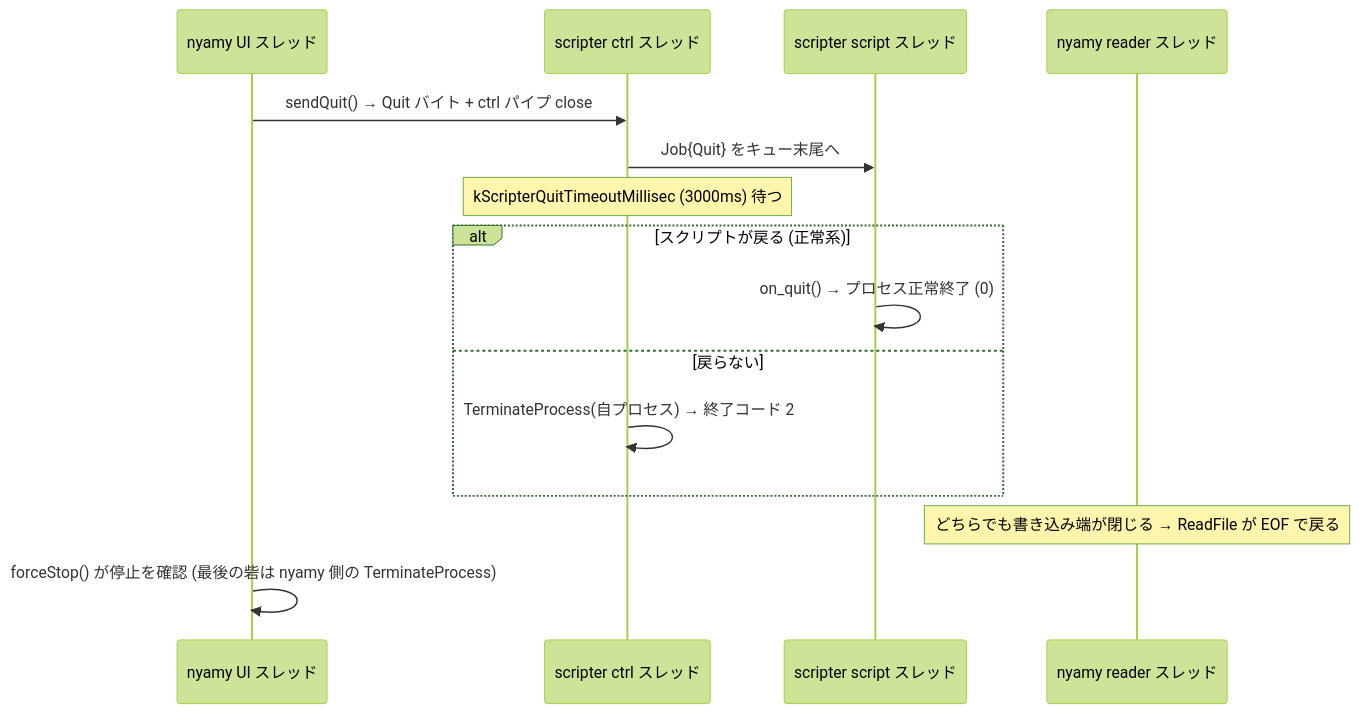
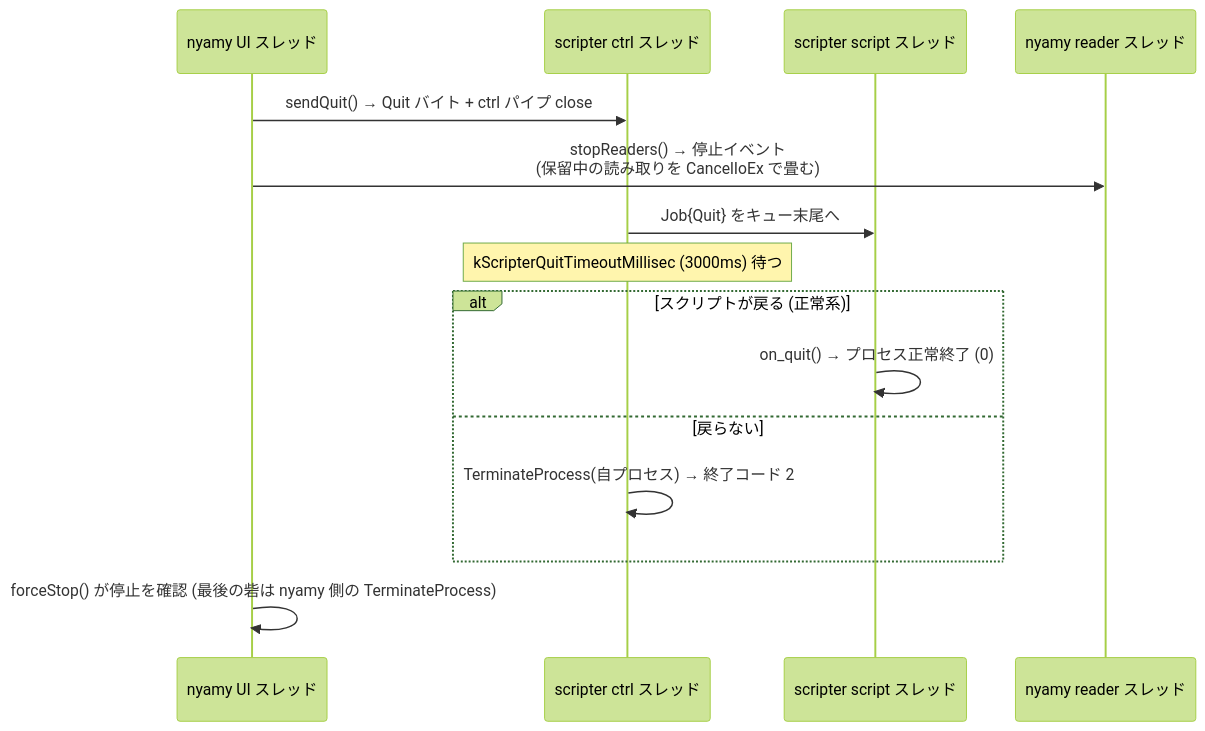
Before and after one commit to vmi/nyamy: the seventh of 7 diagrams in doc/event-flow.md, drawn with Mermaid (forest theme). The commit also changed other lines of this file and 6 other files, not shown here.

````diff
--- a/doc/event-flow.md
+++ b/doc/event-flow.md
@@ -631,20 +632,20 @@
 ```mermaid
 sequenceDiagram
     participant ui as nyamy UI スレッド
     participant ctrl as scripter ctrl スレッド
     participant scr as scripter script スレッド
     participant rd as nyamy reader スレッド
 
     ui->>ctrl: sendQuit() → Quit バイト + ctrl パイプ close
+    ui->>rd: stopReaders() → 停止イベント<br/>(保留中の読み取りを CancelIoEx で畳む)
     ctrl->>scr: Job{Quit} をキュー末尾へ
     Note over ctrl: kScripterQuitTimeoutMillisec (3000ms) 待つ
 
     alt スクリプトが戻る (正常系)
         scr->>scr: on_quit() → プロセス正常終了 (0)
     else 戻らない
         ctrl->>ctrl: TerminateProcess(自プロセス) → 終了コード 2
     end
 
-    Note over rd: どちらでも書き込み端が閉じる → ReadFile が EOF で戻る
     ui->>ui: forceStop() が停止を確認 (最後の砦は nyamy 側の TerminateProcess)
 ```
````
